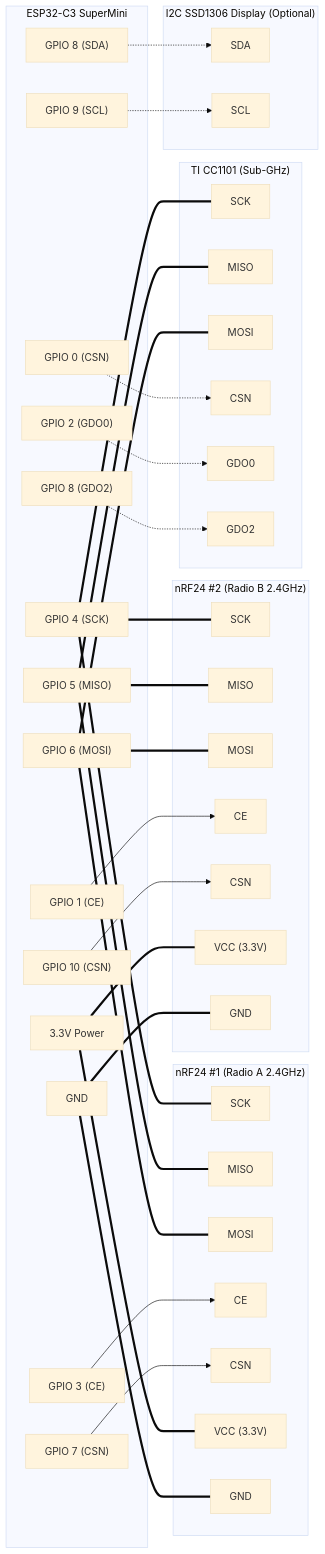
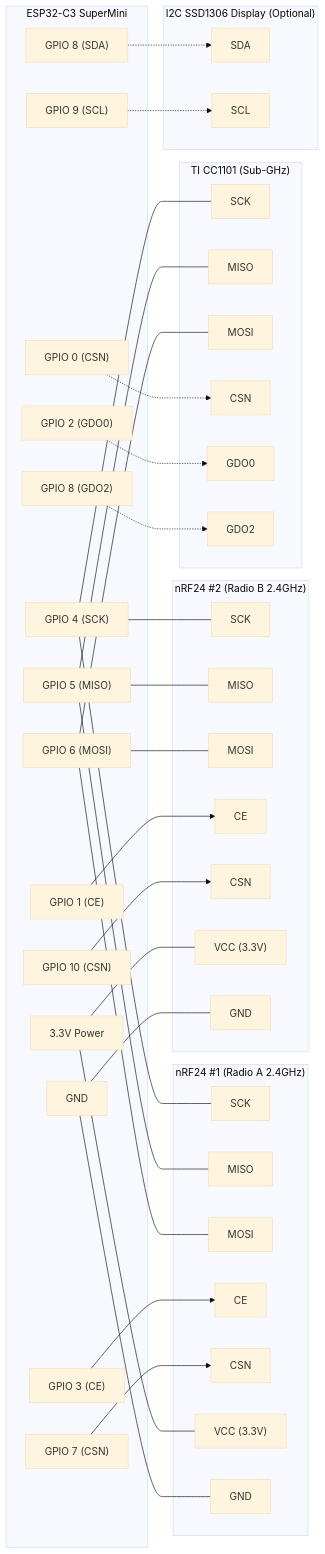
One commit to AtaCanYmc/esp32-rf-sword changed the first of 3 diagrams in docs/PINOUTS.md. Above: the diagram before and after it, drawn with Mermaid (base theme). The commit also changed other lines of this file and 2 other files, not shown here.

Commit message:
Fix Mermaid syntax in README and docs to resolve dagre rendering errors

```diff
--- a/docs/PINOUTS.md
+++ b/docs/PINOUTS.md
@@ -71,11 +71,23 @@
         O_SCL["SCL"]
     end
 
-    C3_SCK === R1_SCK & R2_SCK & CC_SCK
-    C3_MISO === R1_MISO & R2_MISO & CC_MISO
-    C3_MOSI === R1_MOSI & R2_MOSI & CC_MOSI
-    C3_3V3 === R1_VCC & R2_VCC
-    C3_GND === R1_GND & R2_GND
+    C3_SCK --- R1_SCK
+    C3_SCK --- R2_SCK
+    C3_SCK --- CC_SCK
+
+    C3_MISO --- R1_MISO
+    C3_MISO --- R2_MISO
+    C3_MISO --- CC_MISO
+
+    C3_MOSI --- R1_MOSI
+    C3_MOSI --- R2_MOSI
+    C3_MOSI --- CC_MOSI
+
+    C3_3V3 --- R1_VCC
+    C3_3V3 --- R2_VCC
+
+    C3_GND --- R1_GND
+    C3_GND --- R2_GND
 
     C3_R1_CE --> R1_CE
     C3_R1_CSN --> R1_CSN
```
